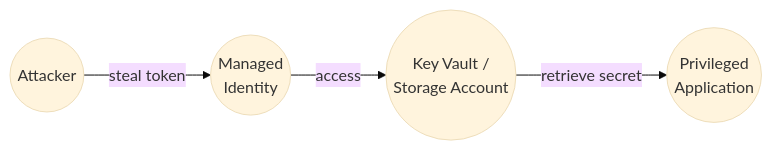
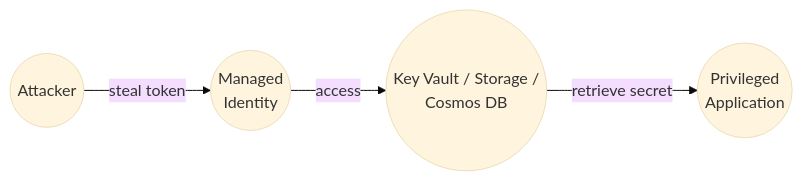
Before and after one commit to mvelazc0/BadZure: the fourth of 10 diagrams in docs/attack-paths/managed-identity-theft.md, drawn with Mermaid (base theme). The commit also changed other lines of this file and 15 other files, not shown here.

````diff
--- a/docs/attack-paths/managed-identity-theft.md
+++ b/docs/attack-paths/managed-identity-theft.md
@@ -90,6 +96,6 @@
     ``` mermaid
     graph LR
         A(("Attacker")) -->|"steal token"| MI(("Managed<br/>Identity"))
-        MI -->|"access"| TGT(("Key Vault /<br/>Storage Account"))
+        MI -->|"access"| TGT(("Key Vault / Storage /<br/>Cosmos DB"))
         TGT -->|"retrieve secret"| APP(("Privileged<br/>Application"))
     ```
````
